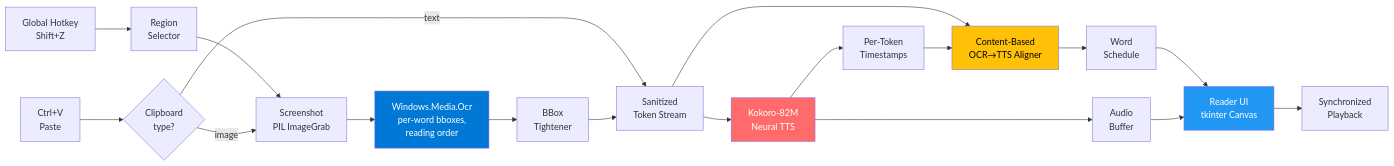
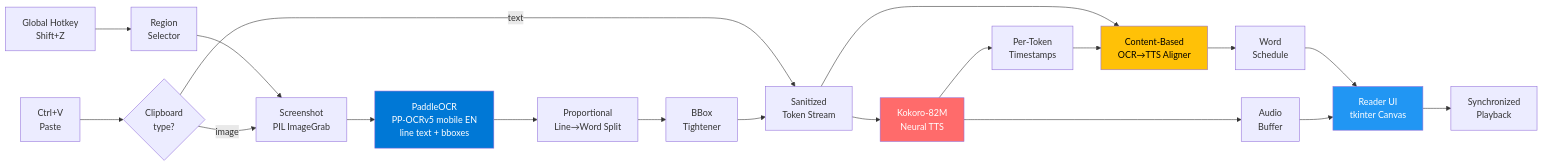
Before and after one commit to Shay-Ostrovsky/SelectAndRead: the diagram in README.md, drawn with Mermaid. The commit also changed other lines of this file and 3 other files, not shown here.

First line of the commit message:
Swap OCR engine: Windows.Media.Ocr -> PaddleOCR (PP-OCRv5 mobile EN)

````diff
--- a/README.md
+++ b/README.md
@@ -111,24 +111,25 @@
 ```mermaid
 flowchart LR
     A1[Global Hotkey<br/>Shift+Z] --> B[Region<br/>Selector]
     A2[Ctrl+V<br/>Paste] --> P{Clipboard<br/>type?}
     B --> C[Screenshot<br/>PIL ImageGrab]
     P -- image --> C
     P -- text --> F
-    C --> D[Windows.Media.Ocr<br/>per-word bboxes,<br/>reading order]
-    D --> E2[BBox<br/>Tightener]
+    C --> D[PaddleOCR<br/>PP-OCRv5 mobile EN<br/>line text + bboxes]
+    D --> SP[Proportional<br/>Line→Word Split]
+    SP --> E2[BBox<br/>Tightener]
     E2 --> F[Sanitized<br/>Token Stream]
     F --> G[Kokoro-82M<br/>Neural TTS]
     G --> H[Per-Token<br/>Timestamps]
     F --> I[Content-Based<br/>OCR→TTS Aligner]
     H --> I
     I --> J[Word<br/>Schedule]
     G --> K[Audio<br/>Buffer]
     J & K --> L[Reader UI<br/>tkinter Canvas]
     L --> M[Synchronized<br/>Playback]
 
     style G fill:#FF6B6B,color:#fff
     style D fill:#0078D6,color:#fff
     style I fill:#FFC107,color:#000
     style L fill:#2196F3,color:#fff
 ```
````
